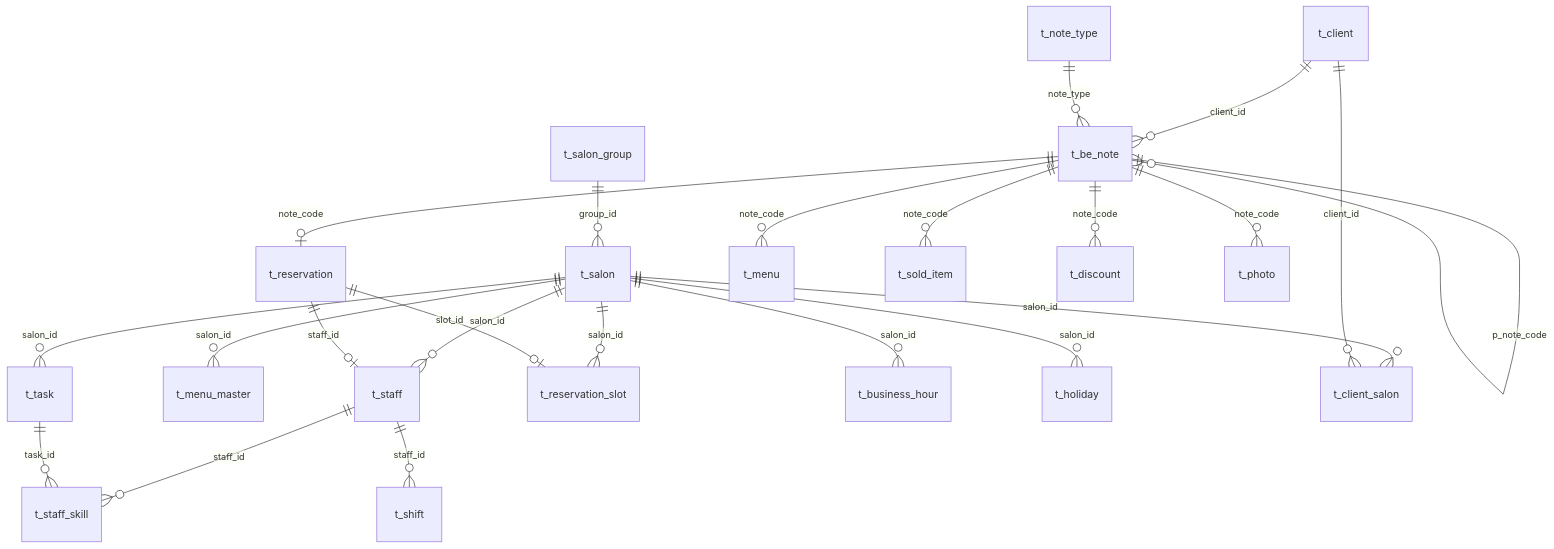
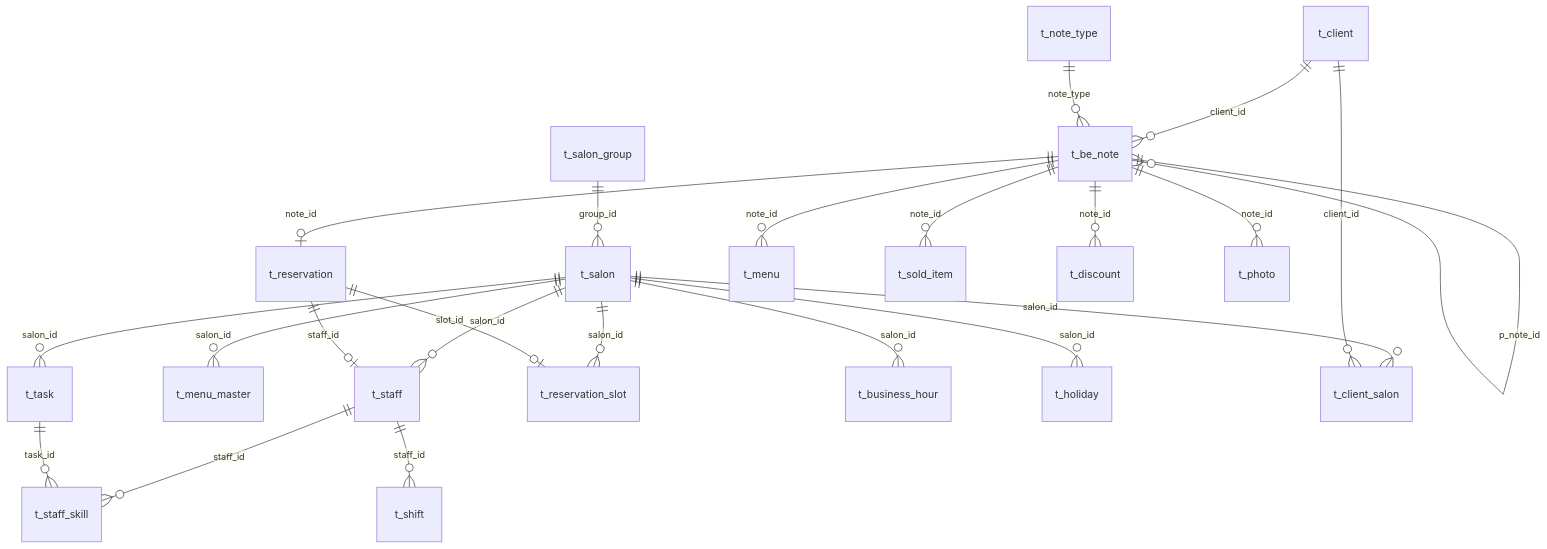
Before and after one commit to hachiju88/be-note: the diagram in docs/DB設計書.md, drawn with Mermaid. The commit also changed other lines of this file and 3 other files, not shown here.

````diff
--- a/docs/DB設計書.md
+++ b/docs/DB設計書.md
@@ -19,25 +22,25 @@
 ```mermaid
 erDiagram
     t_salon_group ||--o{ t_salon : "group_id"
     t_salon ||--o{ t_staff : "salon_id"
     t_salon ||--o{ t_menu_master : "salon_id"
     t_salon ||--o{ t_task : "salon_id"
     t_salon ||--o{ t_reservation_slot : "salon_id"
     t_salon ||--o{ t_business_hour : "salon_id"
     t_salon ||--o{ t_holiday : "salon_id"
     t_salon ||--o{ t_client_salon : "salon_id"
     t_client ||--o{ t_client_salon : "client_id"
     t_client ||--o{ t_be_note : "client_id"
     t_note_type ||--o{ t_be_note : "note_type"
     t_staff ||--o{ t_staff_skill : "staff_id"
     t_task ||--o{ t_staff_skill : "task_id"
     t_staff ||--o{ t_shift : "staff_id"
-    t_be_note ||--o| t_reservation : "note_code"
-    t_be_note ||--o{ t_menu : "note_code"
-    t_be_note ||--o{ t_sold_item : "note_code"
-    t_be_note ||--o{ t_discount : "note_code"
-    t_be_note ||--o{ t_photo : "note_code"
-    t_be_note ||--o{ t_be_note : "p_note_code"
+    t_be_note ||--o| t_reservation : "note_id"
+    t_be_note ||--o{ t_menu : "note_id"
+    t_be_note ||--o{ t_sold_item : "note_id"
+    t_be_note ||--o{ t_discount : "note_id"
+    t_be_note ||--o{ t_photo : "note_id"
+    t_be_note ||--o{ t_be_note : "p_note_id"
     t_reservation ||--o| t_staff : "staff_id"
     t_reservation ||--o| t_reservation_slot : "slot_id"
 ```
````
